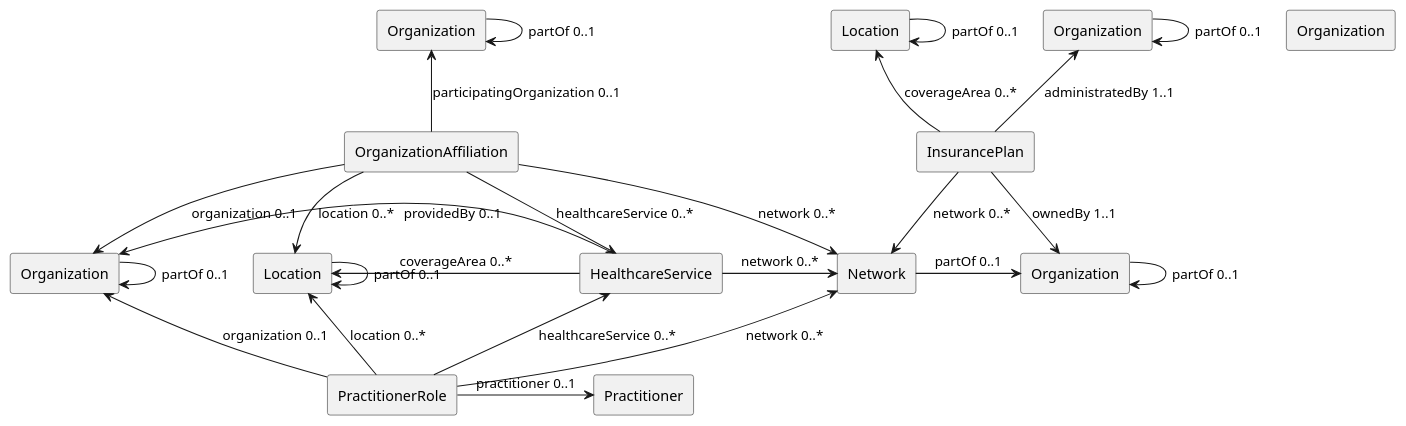
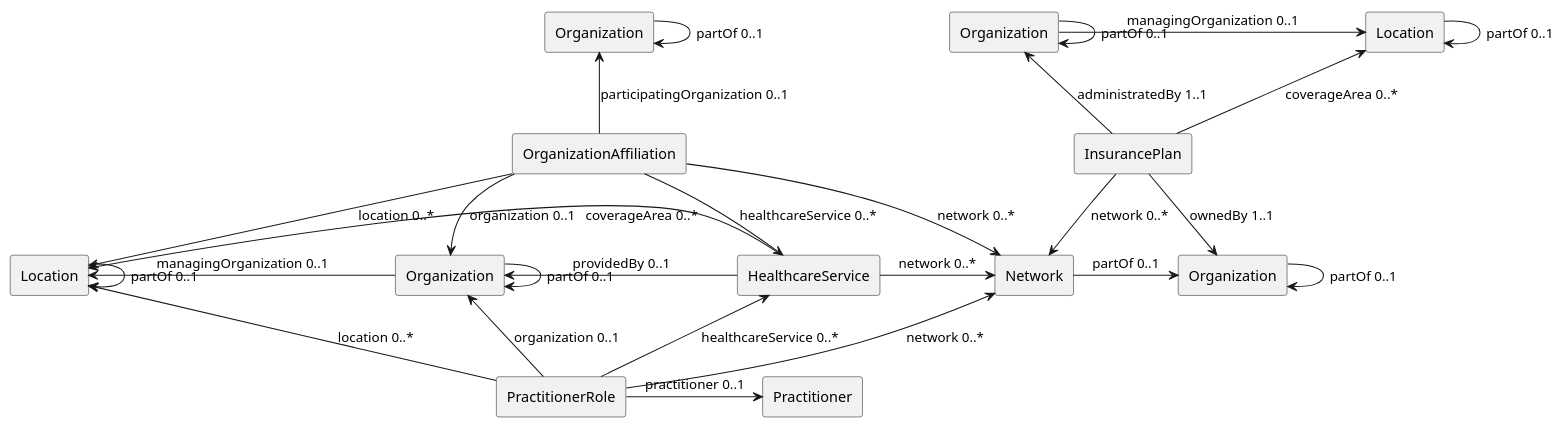
One commit to HL7/fhir-us-ndh changed the diagram in input/images-source/RelResource.plantuml. Above: the diagram before and after it, drawn with PlantUML.

Commit message:
FHIR-51996 - Problem with Resource Relationship diagram

```diff
--- a/input/images-source/RelResource.plantuml
+++ b/input/images-source/RelResource.plantuml
@@ -1,53 +1,54 @@
 @startuml
 
 agent OrganizationAffiliation as orgAff
 agent Organization as orgIns1
 agent Organization as orgIns2
 agent Organization as orgOrgAff
 agent Organization as orgOrgPrac
 agent Location as locIns 
 agent Location as locOrgPrac  
 agent Network as network
 agent HealthcareService as service
 agent InsurancePlan as insurance
 agent PractitionerRole as pracRole
 agent Practitioner as practitioner
-agent Organization as careTeamOrg
 
 pracRole -up-> network: "network 0..*"
 pracRole -up-> orgOrgPrac: "organization 0..1"
 pracRole -up-> service: "healthcareService 0..*"
 service -left->orgOrgPrac: "providedBy 0..1"
 service -left->locOrgPrac: "coverageArea 0..*"
 service -right->network: "network 0..*"
 pracRole -up-> locOrgPrac: "location 0..*"
 orgAff -down-> network: "network 0..*"
 orgAff -down-> orgOrgPrac: "organization 0..1"
 orgAff -down-> service: "healthcareService 0..*"
 orgAff -down-> locOrgPrac: "location 0..*"
 
 
 orgAff -up-> orgOrgAff: "participatingOrganization 0..1"
 insurance -down-> network: "network 0..*"
 insurance -up-> locIns: "coverageArea 0..*"
+orgOrgPrac -left-> locOrgPrac: "managingOrganization 0..1"
 insurance -up-> orgIns2: "administratedBy 1..1"
 insurance -down-> orgIns1: "ownedBy 1..1"
 network -right-> orgIns1: "partOf 0..1"
 
 pracRole -right-> practitioner: "practitioner 0..1"
 
 locOrgPrac -right-> locOrgPrac : "partOf 0..1"
 locIns -right-> locIns : "partOf 0..1"
 orgOrgPrac -right-> orgOrgPrac : "partOf 0..1"
 orgIns1 -right-> orgIns1 : "partOf 0..1"
 orgIns2 -right-> orgIns2 : "partOf 0..1"
+orgIns2 -right-> locIns: "managingOrganization 0..1"
 orgOrgAff -right-> orgOrgAff : "partOf 0..1"
 
 
 
 
 
 
 
 
 @enduml
```
